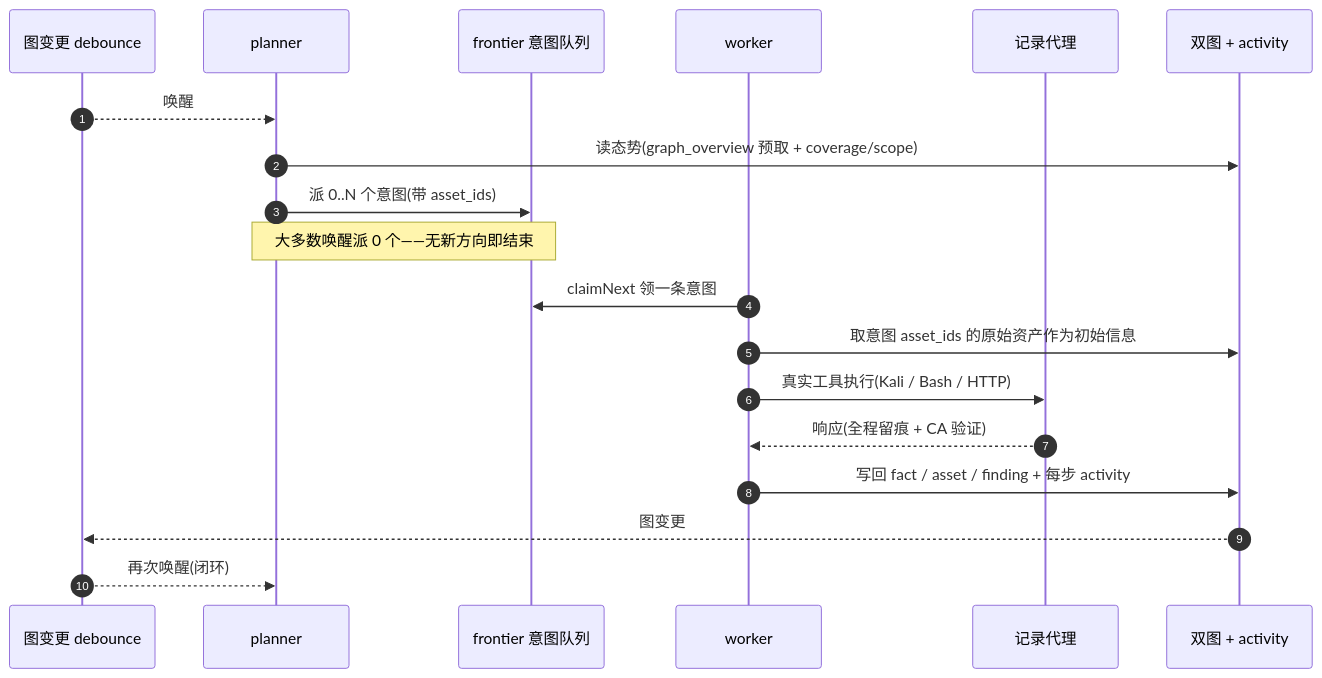
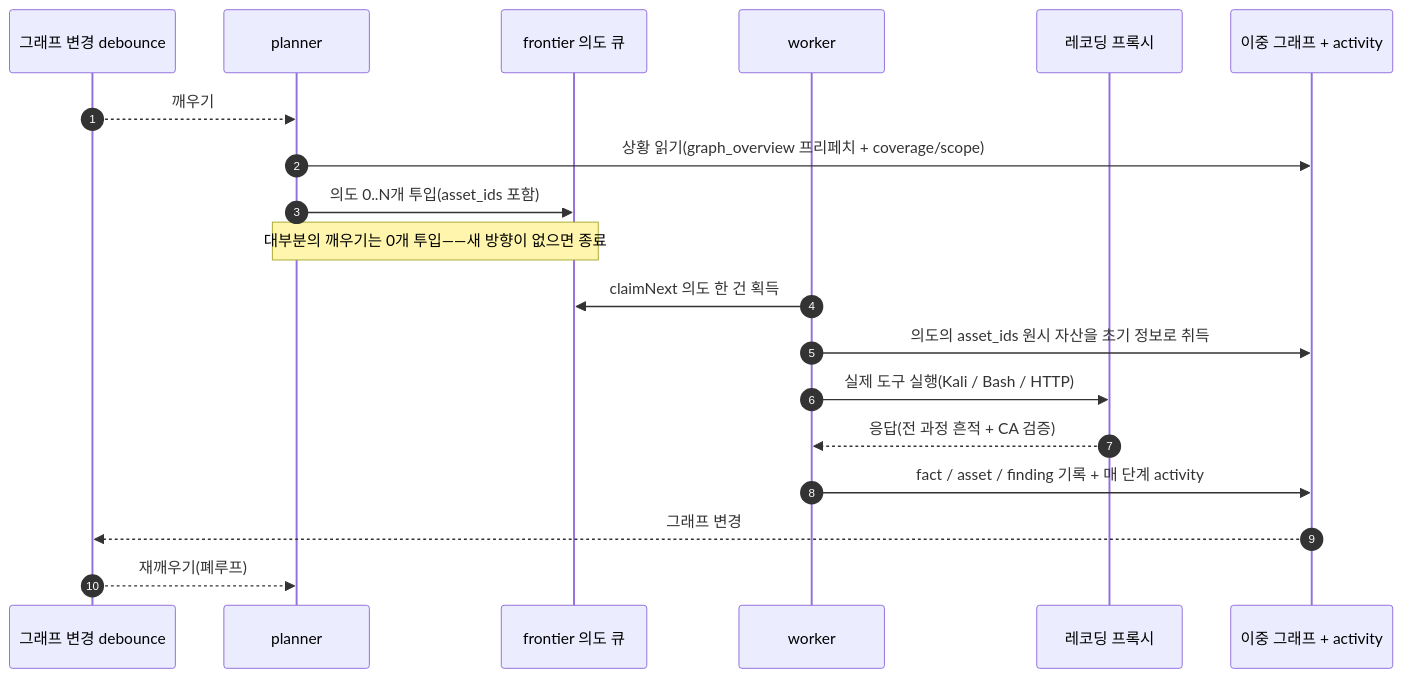
Before and after one commit to Doyoun510/ARTEX_ko: the third of 5 diagrams in README.md, drawn with Mermaid. The commit also changed other lines of this file and 2 other files, not shown here.

````diff
--- a/README.md
+++ b/README.md
@@ -391,22 +414,22 @@
 ```mermaid
 sequenceDiagram
   autonumber
-  participant EV as 图变更 debounce
+  participant EV as 그래프 변경 debounce
   participant P as planner
-  participant FR as frontier 意图队列
+  participant FR as frontier 의도 큐
   participant W as worker
-  participant PX as 记录代理
-  participant DB as 双图 + activity
+  participant PX as 레코딩 프록시
+  participant DB as 이중 그래프 + activity
 
-  EV-->>P: 唤醒
-  P->>DB: 读态势(graph_overview 预取 + coverage/scope)
-  P->>FR: 派 0..N 个意图(带 asset_ids)
-  Note over P,FR: 大多数唤醒派 0 个——无新方向即结束
-  W->>FR: claimNext 领一条意图
-  W->>DB: 取意图 asset_ids 的原始资产作为初始信息
-  W->>PX: 真实工具执行(Kali / Bash / HTTP)
-  PX-->>W: 响应(全程留痕 + CA 验证)
-  W->>DB: 写回 fact / asset / finding + 每步 activity
-  DB-->>EV: 图变更
-  EV-->>P: 再次唤醒(闭环)
+  EV-->>P: 깨우기
+  P->>DB: 상황 읽기(graph_overview 프리페치 + coverage/scope)
+  P->>FR: 의도 0..N개 투입(asset_ids 포함)
+  Note over P,FR: 대부분의 깨우기는 0개 투입——새 방향이 없으면 종료
+  W->>FR: claimNext 의도 한 건 획득
+  W->>DB: 의도의 asset_ids 원시 자산을 초기 정보로 취득
+  W->>PX: 실제 도구 실행(Kali / Bash / HTTP)
+  PX-->>W: 응답(전 과정 흔적 + CA 검증)
+  W->>DB: fact / asset / finding 기록 + 매 단계 activity
+  DB-->>EV: 그래프 변경
+  EV-->>P: 재깨우기(폐루프)
 ```
````
